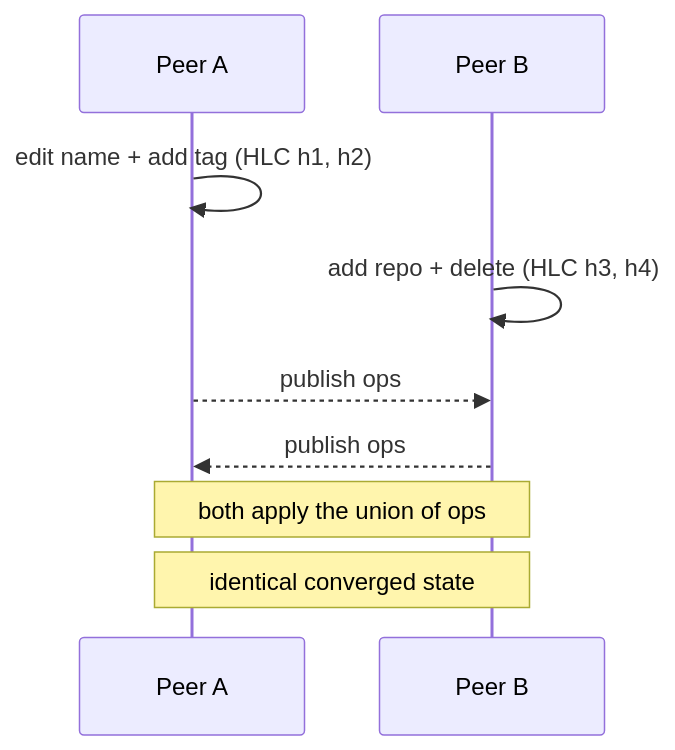
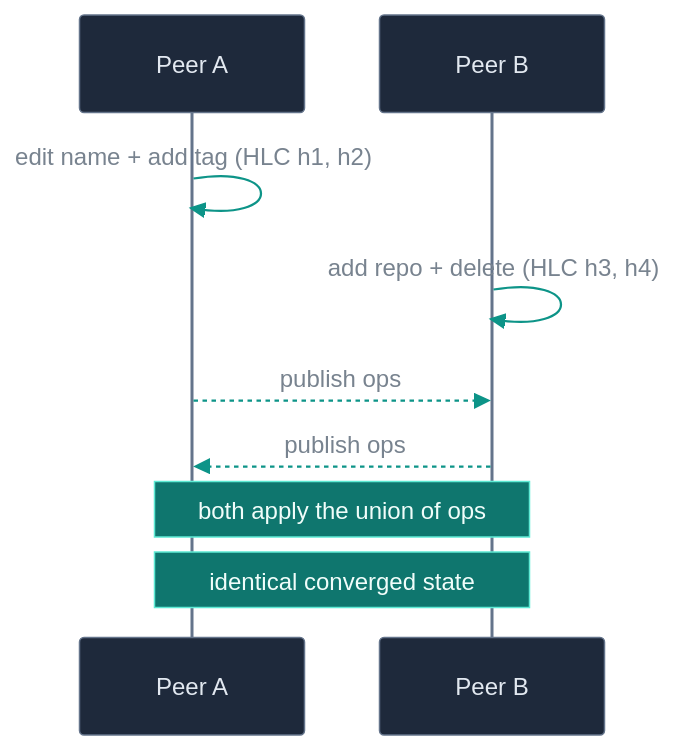
One commit to vul-os/gitstate changed the diagram in site/docs/contexts-sync.md. Above: the diagram before and after it, drawn with Mermaid.

````diff
--- a/site/docs/contexts-sync.md
+++ b/site/docs/contexts-sync.md
@@ -45,11 +45,12 @@
 ```mermaid
+%%{init: {'theme':'base','themeVariables':{'fontFamily':'ui-monospace, SFMono-Regular, Menlo, monospace','actorBkg':'#1e293b','actorBorder':'#64748b','actorTextColor':'#e2e8f0','actorLineColor':'#64748b','signalColor':'#0d9488','signalTextColor':'#78838f','noteBkgColor':'#0f766e','noteBorderColor':'#5eead4','noteTextColor':'#f0fdfa','labelBoxBkgColor':'#1e293b','labelBoxBorderColor':'#64748b','labelTextColor':'#e2e8f0'}}}%%
 sequenceDiagram
   participant A as Peer A
   participant B as Peer B
   A->>A: edit name + add tag (HLC h1, h2)
   B->>B: add repo + delete (HLC h3, h4)
   A-->>B: publish ops
   B-->>A: publish ops
   Note over A,B: both apply the union of ops
   Note over A,B: identical converged state
 ```
````
